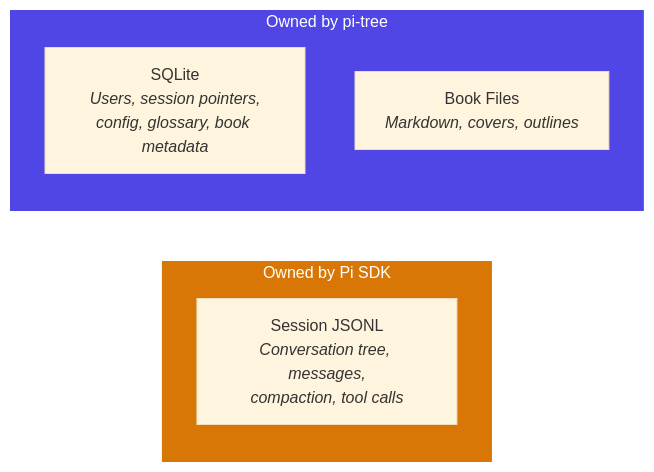
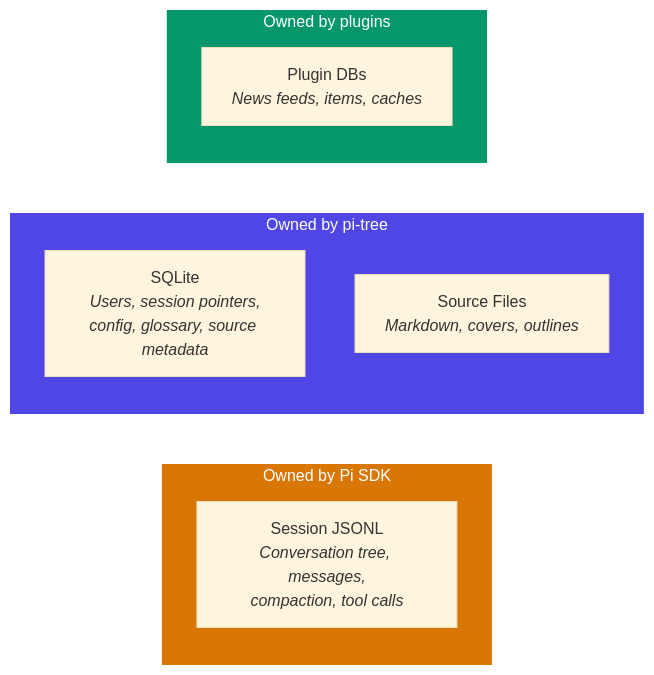
Before and after one commit to shuowu/pi-tree: the second of 2 diagrams in docs/docs/architecture.md, drawn with Mermaid (base theme). The commit also changed other lines of this file and 5 other files, not shown here.

First line of the commit message:
docs: update for plugin architecture, restructure README for promotion

````diff
--- a/docs/docs/architecture.md
+++ b/docs/docs/architecture.md
@@ -112,14 +156,19 @@
 ```mermaid
 graph LR
     subgraph PiSDK["Owned by Pi SDK"]
         JSONL["Session JSONL<br/><i>Conversation tree, messages,<br/>compaction, tool calls</i>"]
     end
     
     subgraph App["Owned by pi-tree"]
-        DB["SQLite<br/><i>Users, session pointers,<br/>config, glossary, book metadata</i>"]
-        Books["Book Files<br/><i>Markdown, covers, outlines</i>"]
+        DB["SQLite<br/><i>Users, session pointers,<br/>config, glossary, source metadata</i>"]
+        Sources["Source Files<br/><i>Markdown, covers, outlines</i>"]
+    end
+
+    subgraph PluginData["Owned by plugins"]
+        PDB["Plugin DBs<br/><i>News feeds, items, caches</i>"]
     end
 
     style PiSDK fill:#d97706,color:#fff,stroke:none
     style App fill:#4f46e5,color:#fff,stroke:none
+    style PluginData fill:#059669,color:#fff,stroke:none
 ```
````
